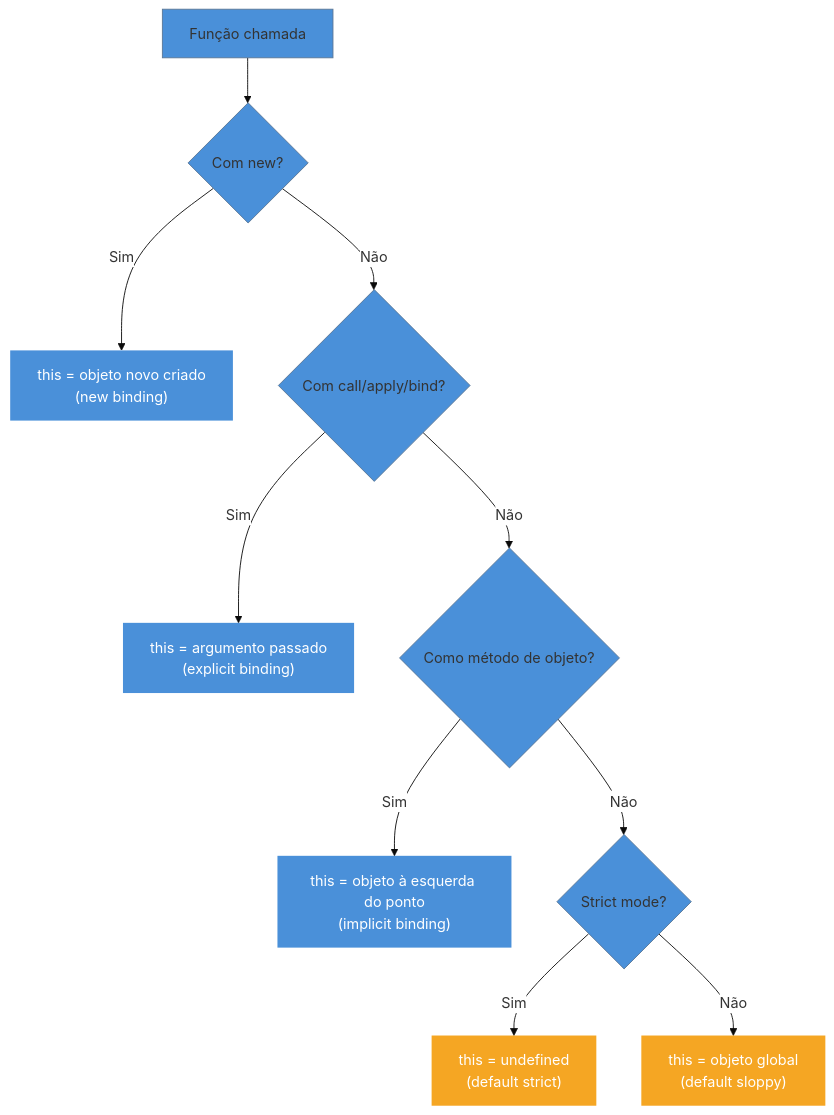
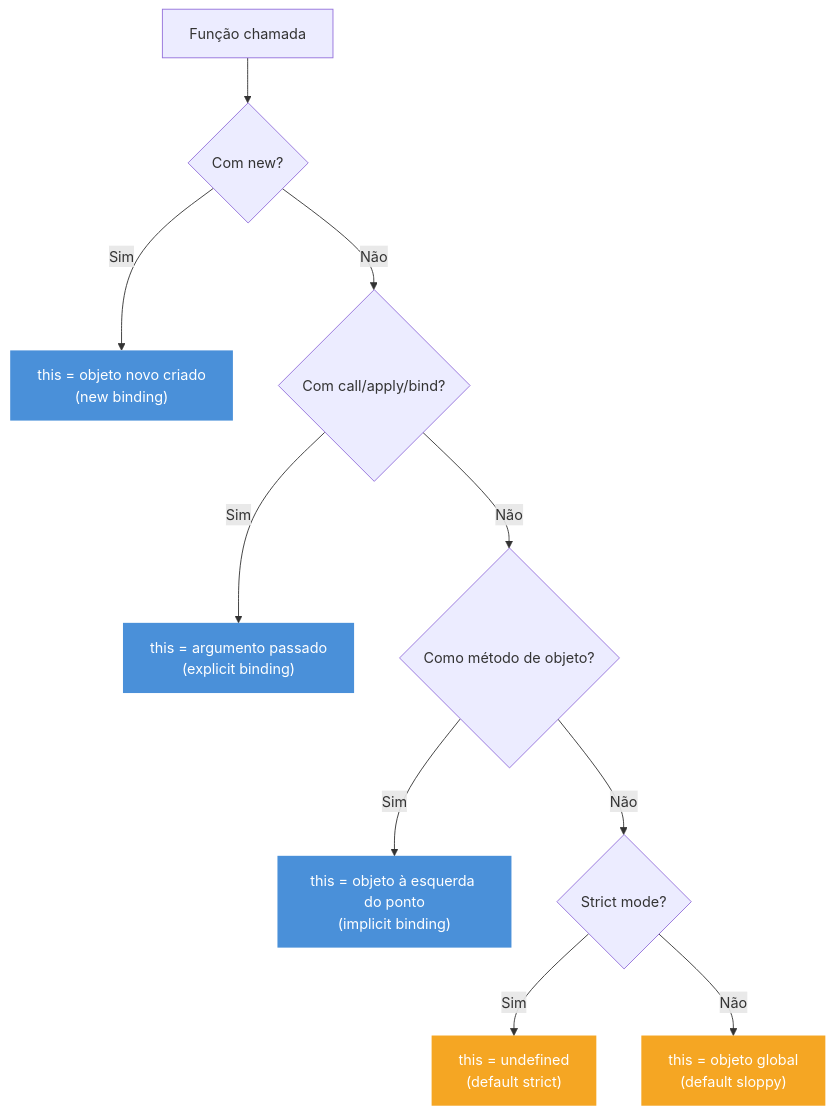
The diagram in 03-Dominios/Tecnologia/JavaScript/06 - this.md (josenaldo/codex-technomanticus), drawn with Mermaid before and after one commit. The commit also changed 1181 other files, not shown here.

First line of the commit message:
fix(diagramas): paleta do sistema no lugar de cor cravada no markdown

````diff
--- a/03-Dominios/Tecnologia/JavaScript/06 - this.md
+++ b/03-Dominios/Tecnologia/JavaScript/06 - this.md
@@ -221,16 +221,15 @@
 ```mermaid
-%%{init: {"theme": "base", "themeVariables": {"primaryColor": "#4A90D9", "edgeLabelBackground": "#ffffff"}}}%%
 flowchart TD
+    classDef ok fill:#4A90D9,color:#fff,stroke:none
+    classDef warn fill:#F5A623,color:#fff,stroke:none
     A[Função chamada] --> B{Com new?}
     B -->|Sim| C["this = objeto novo criado\n(new binding)"]:::ok
     B -->|Não| D{Com call/apply/bind?}
     D -->|Sim| E["this = argumento passado\n(explicit binding)"]:::ok
     D -->|Não| F{Como método de objeto?}
     F -->|Sim| G["this = objeto à esquerda do ponto\n(implicit binding)"]:::ok
     F -->|Não| H{Strict mode?}
     H -->|Sim| I["this = undefined\n(default strict)"]:::warn
     H -->|Não| J["this = objeto global\n(default sloppy)"]:::warn
 
-    classDef ok fill:#4A90D9,color:#fff,stroke:none
-    classDef warn fill:#F5A623,color:#fff,stroke:none
 ```
````
